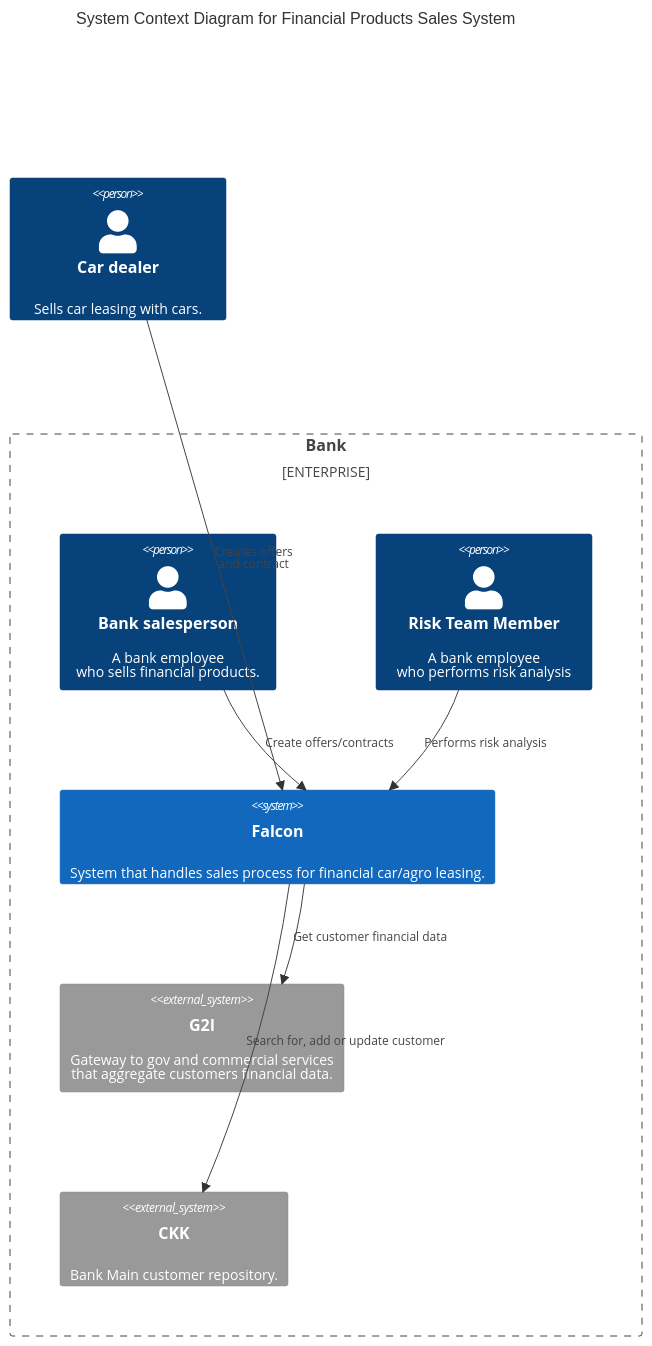
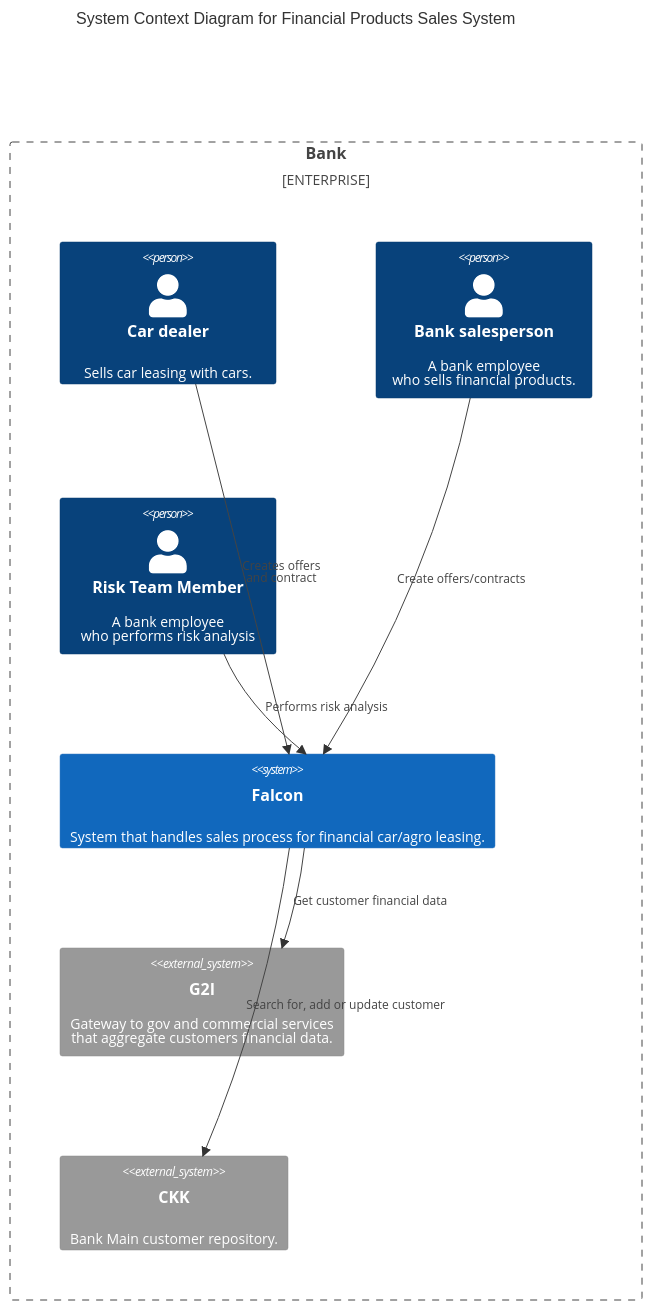
One commit to wojteksuwala/arch-docs-demo changed the first of 2 diagrams in README.md. Above: the diagram before and after it, drawn with Mermaid.

````diff
--- a/README.md
+++ b/README.md
@@ -6,25 +6,26 @@
 ```mermaid
     C4Context
         title System Context Diagram for Financial Products Sales System
 
-        Person(carDealer, "Car dealer", "Sells car leasing with cars.")
+        
 
         Enterprise_Boundary(b0, "Bank") {
+Person(carDealer, "Car dealer", "Sells car leasing with cars.")
             Person(bankSalesPerson, "Bank salesperson", "A bank employee <br/>who sells financial products.")
             Person(riskTeamPerson, "Risk Team Member", "A bank employee <br/>who performs risk analysis")
 
             System(falconSystem, "Falcon", "System that handles sales process for financial car/agro leasing.")
 
             System_Ext(g2iSystem, "G2I", "Gateway to gov and commercial services <br/>that aggregate customers financial data.")
             System_Ext(ckkSystem, "CKK", "Bank Main customer repository.")
 
             Rel(carDealer, falconSystem, "Creates offers<br/> and contract")
             Rel(bankSalesPerson, falconSystem, "Create offers/contracts")
             Rel(riskTeamPerson, falconSystem, "Performs risk analysis")
 
             Rel(falconSystem, g2iSystem, "Get customer financial data")
             Rel(falconSystem, ckkSystem, "Search for, add or update customer")
         }
 
         UpdateLayoutConfig($c4ShapeInRow="2", $c4BoundaryInRow="1")
 ```
````
